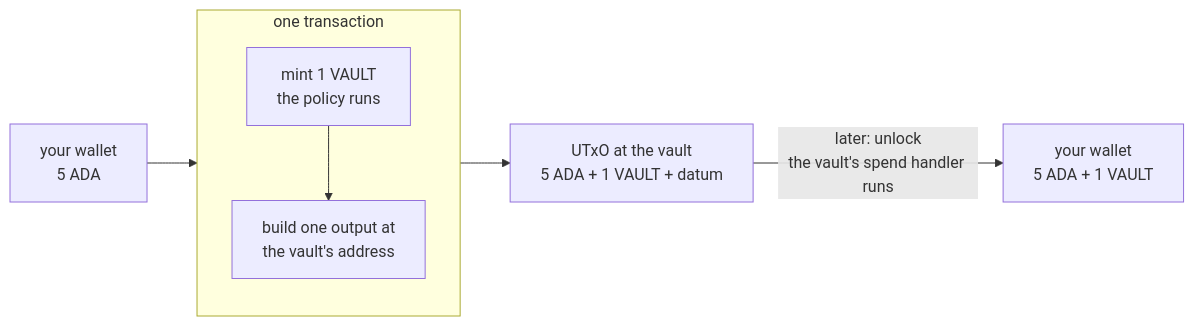
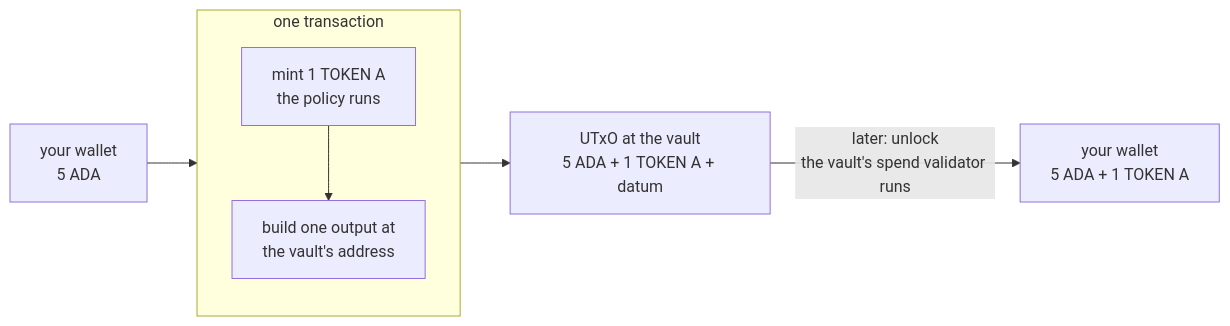
One commit to cardano-foundation/developer-portal changed the second of 2 diagrams in docs/developers/onboarding/lectures/intermediate/8-validator-purposes.md. Above: the diagram before and after it, drawn with Mermaid. The commit also changed other lines of this file and 15 other files, not shown here.

````diff
--- a/docs/developers/onboarding/lectures/intermediate/8-validator-purposes.md
+++ b/docs/developers/onboarding/lectures/intermediate/8-validator-purposes.md
@@ -86,12 +86,12 @@
 ```mermaid
 flowchart LR
     W["your wallet<br/>5 ADA"] --> T
 
     subgraph T["one transaction"]
         direction TB
-        M["mint 1 VAULT<br/>the policy runs"] --> L["build one output at<br/>the vault's address"]
+        M["mint 1 TOKEN A<br/>the policy runs"] --> L["build one output at<br/>the vault's address"]
     end
 
-    T --> V["UTxO at the vault<br/>5 ADA + 1 VAULT + datum"]
-    V -->|"later: unlock<br/>the vault's spend handler runs"| B["your wallet<br/>5 ADA + 1 VAULT"]
+    T --> V["UTxO at the vault<br/>5 ADA + 1 TOKEN A + datum"]
+    V -->|"later: unlock<br/>the vault's spend validator runs"| B["your wallet<br/>5 ADA + 1 TOKEN A"]
 ```
````
